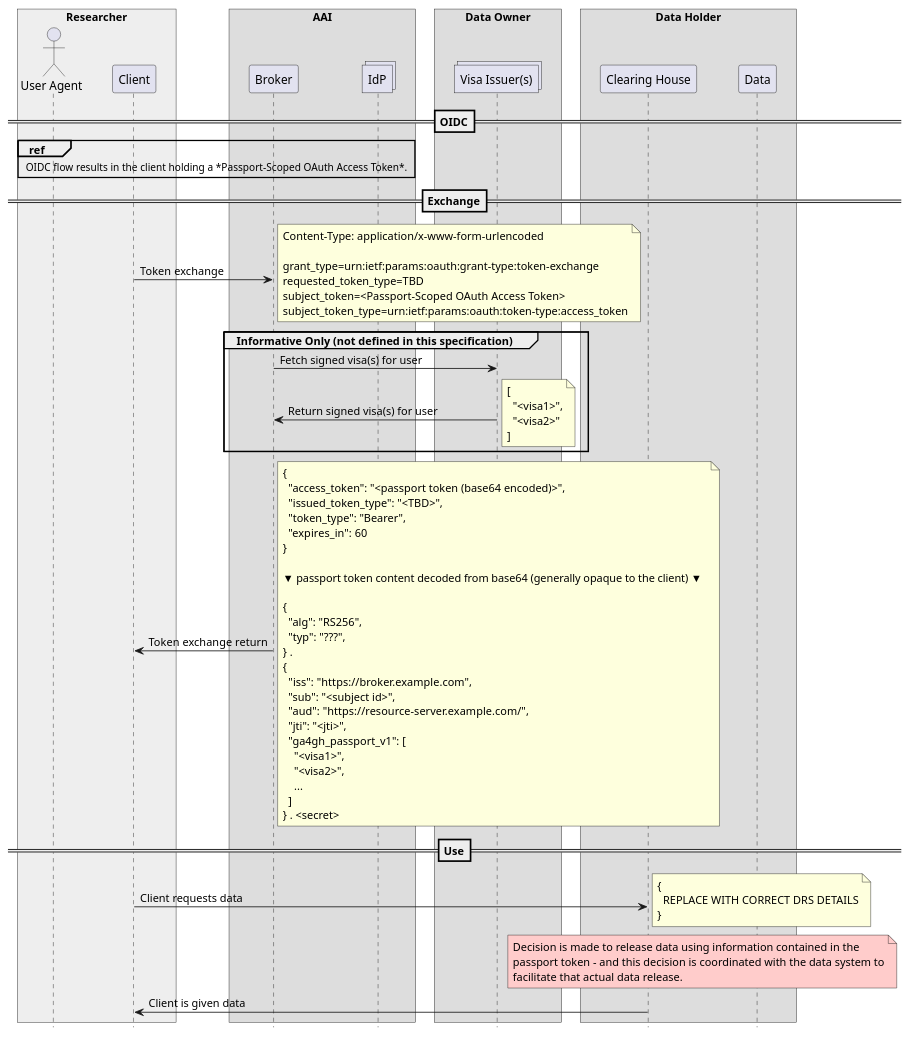
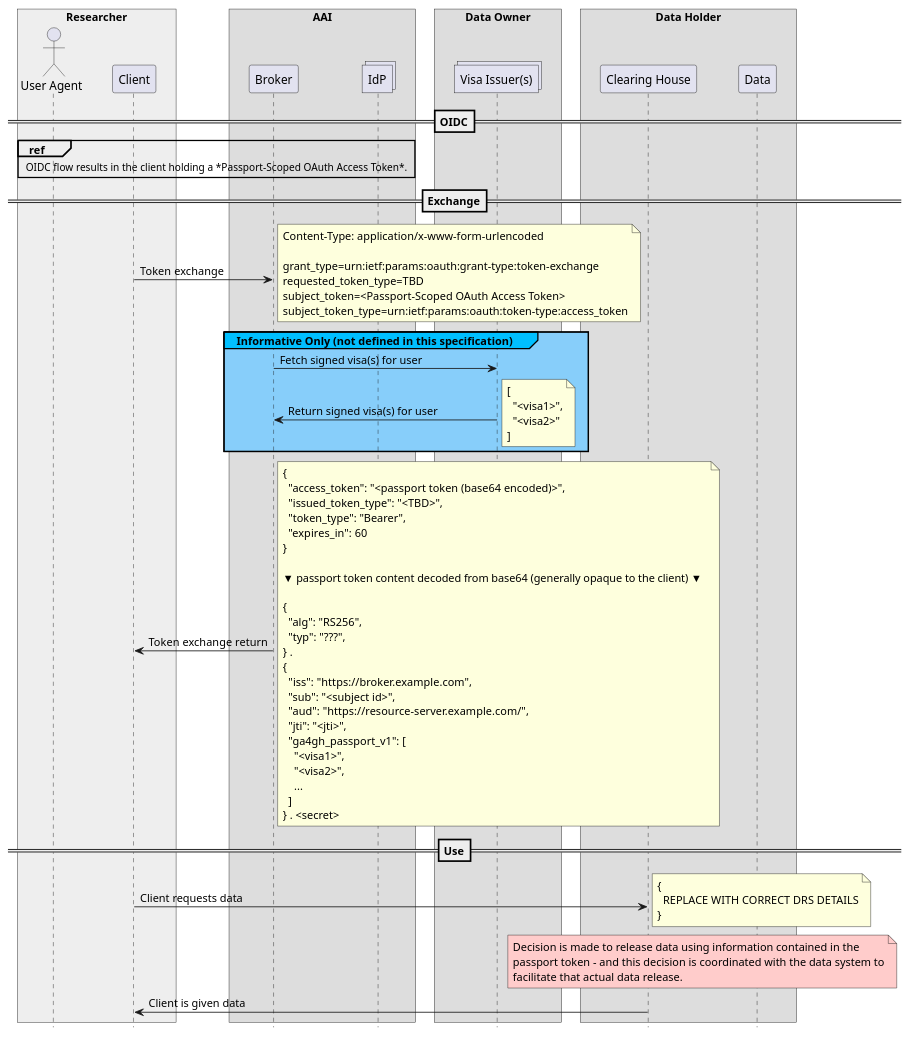
One commit to ga4gh/data-security changed the second of 2 diagrams in AAI/AAIConnectProfile.md. Above: the diagram before and after it, drawn with PlantUML. The commit also changed other lines of this file, not shown here.

Commit message:
change colours

```diff
--- a/AAI/AAIConnectProfile.md
+++ b/AAI/AAIConnectProfile.md
@@ -947,7 +947,7 @@
 
 ==OIDC==
 
-ref over user, client, broker, idps
+ref over user, client, broker, idps 
 OIDC flow results in the client holding a *Passport-Scoped OAuth Access Token*.
 end ref
 
@@ -963,7 +963,7 @@
 subject_token_type=urn:ietf:params:oauth:token-type:access_token
 end note
 
-group Informative Only (not defined in this specification)
+group#DeepSkyBlue #LightSkyBlue Informative Only (not defined in this specification)
     broker -> issuers : Fetch signed visa(s) for user
     broker <- issuers : Return signed visa(s) for user
     note right
```
